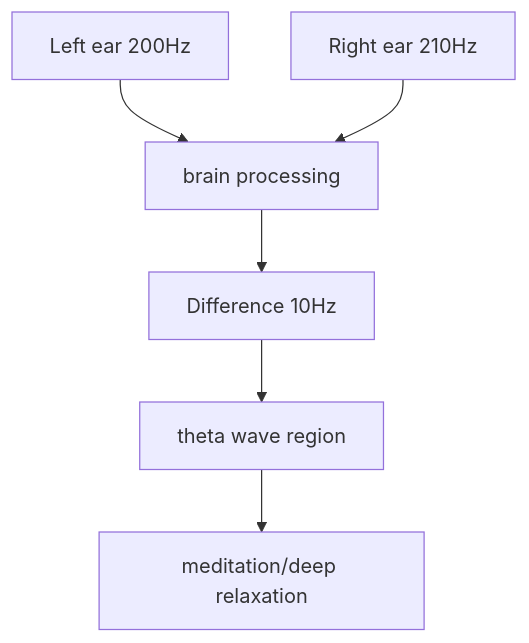
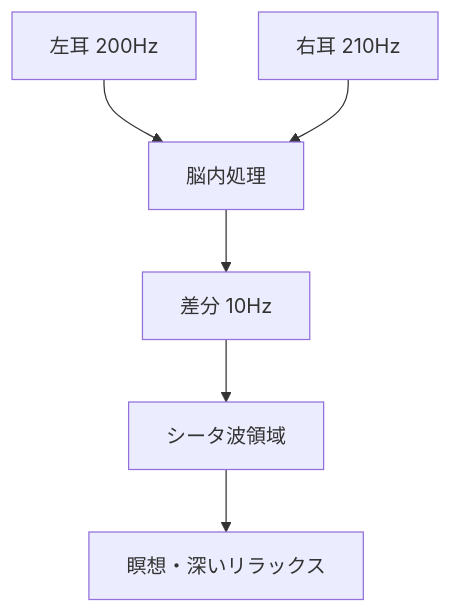
Before and after one commit to monumental-movement/monumental-movement.github.io: the fifth of 6 diagrams in en/_posts/2026-04-11-column-healing-music-history.md, drawn with Mermaid. The commit also changed other lines of this file and 2196 other files, not shown here.

```diff
--- a/en/_posts/2026-04-11-column-healing-music-history.md
+++ b/en/_posts/2026-04-11-column-healing-music-history.md
@@ -221,8 +221,8 @@
 <div class="mermaid">
 graph TD
-A[Left ear 200Hz] --> C[brain processing]
-B[Right ear 210Hz] --> C
-C --> D[Difference 10Hz]
-D --> E[theta wave region]
-E --> F[meditation/deep relaxation]
+A[左耳 200Hz] --> C[脳内処理]
+B[右耳 210Hz] --> C
+C --> D[差分 10Hz]
+D --> E[シータ波領域]
+E --> F[瞑想・深いリラックス]
 </div>
```
